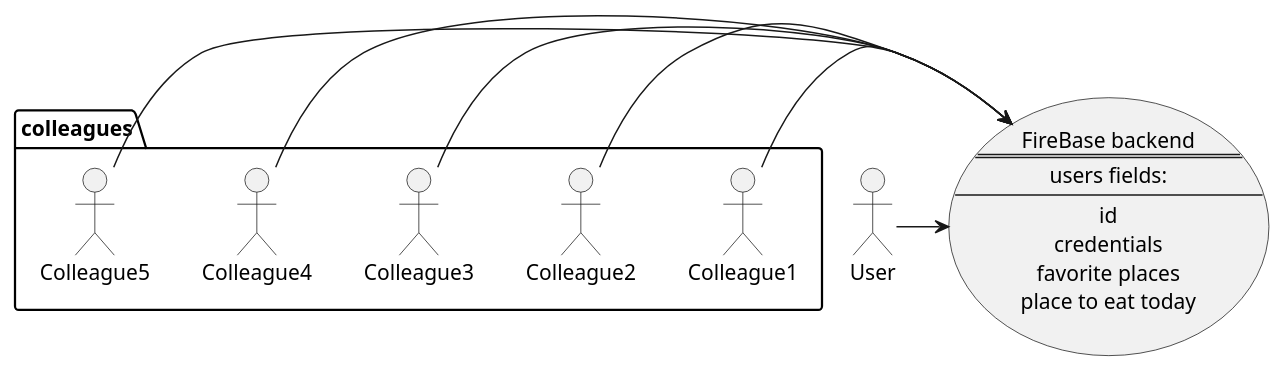
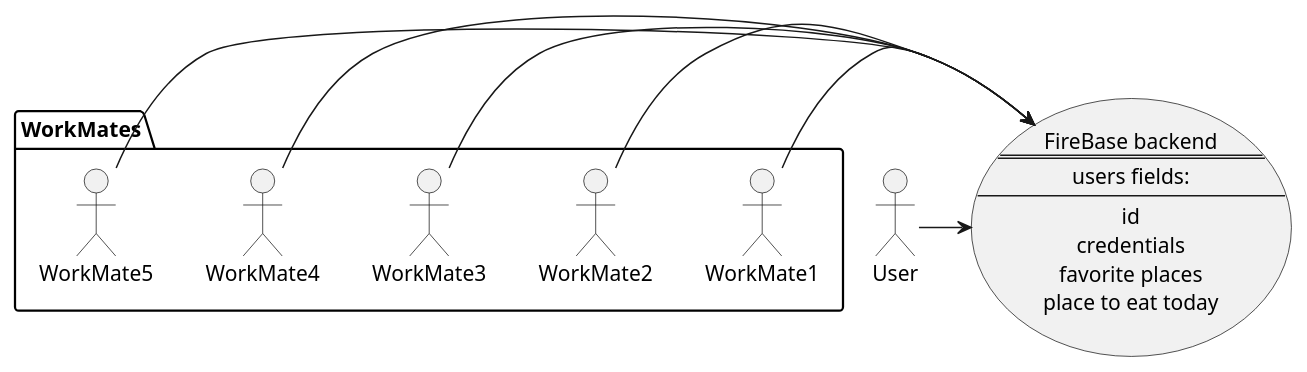
The diagram in app/src/main/java/com/cleanup/go4lunch/useCases.puml (Arnaudv6/Go4Lunch), drawn with PlantUML before and after one commit. The commit also changed 18 other files, not shown here.

Commit message:
ground work for search feature, replaced "colleague" word by "workMate" every where

```diff
--- a/app/src/main/java/com/cleanup/go4lunch/useCases.puml
+++ b/app/src/main/java/com/cleanup/go4lunch/useCases.puml
@@ -1,29 +1,29 @@
 @startuml
 'https://plantuml.com/use-case-diagram
 
 'left to right direction
-'(FireBase backend) right of (Colleague1)
+'(FireBase backend) right of (WorkMate1)
 
 usecase backend as "FireBase backend
 ==
 users fields:
 --
 id
 credentials
 favorite places
 place to eat today"
 
-package colleagues {
-Colleague1 -> (backend)
-Colleague2 -> (backend)
-Colleague3 -> (backend)
-Colleague4 -> (backend)
-Colleague5 -> (backend)
+package WorkMates {
+WorkMate1 -> (backend)
+WorkMate2 -> (backend)
+WorkMate3 -> (backend)
+WorkMate4 -> (backend)
+WorkMate5 -> (backend)
 }
 
 User -> (backend)
 
 
 
 
 @enduml
```
